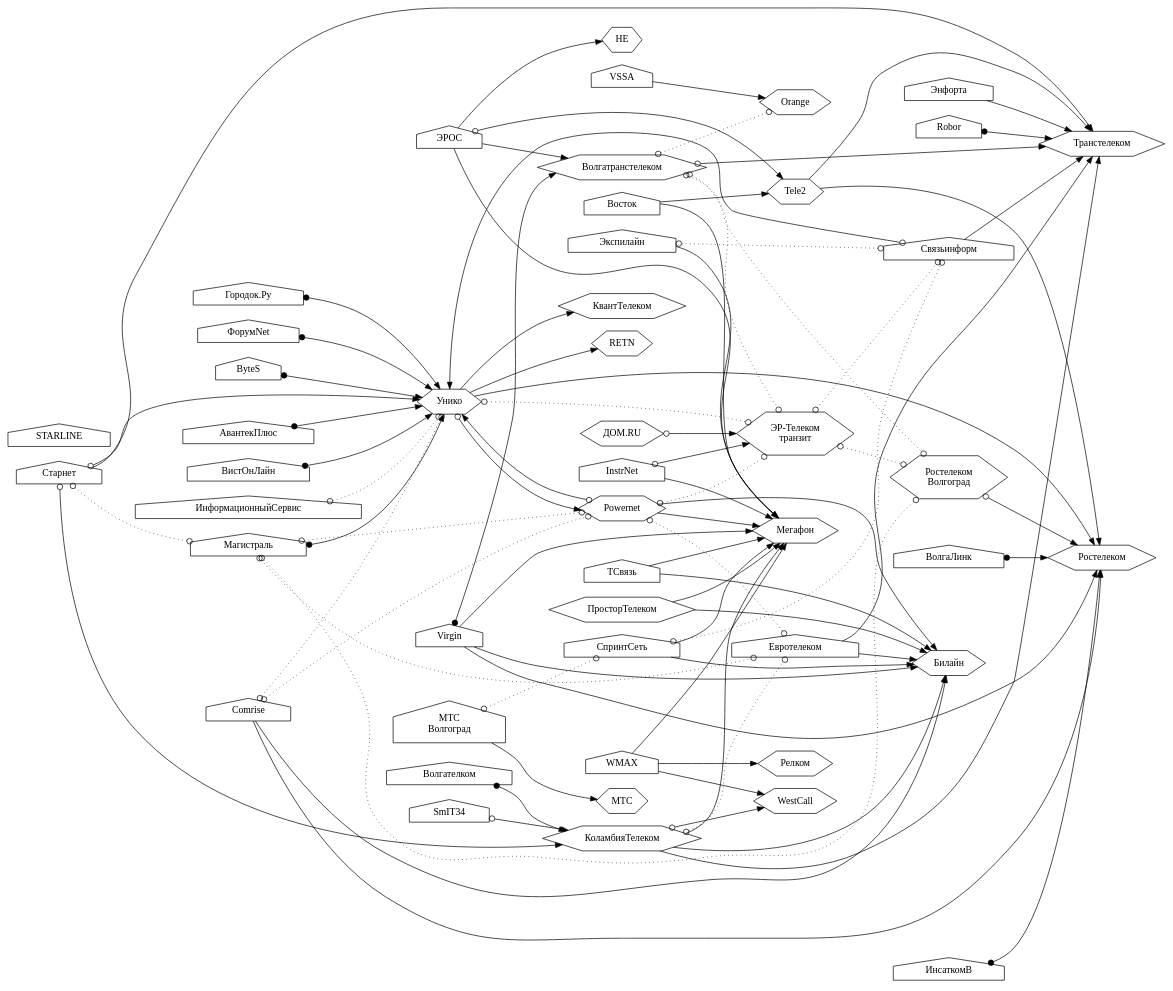
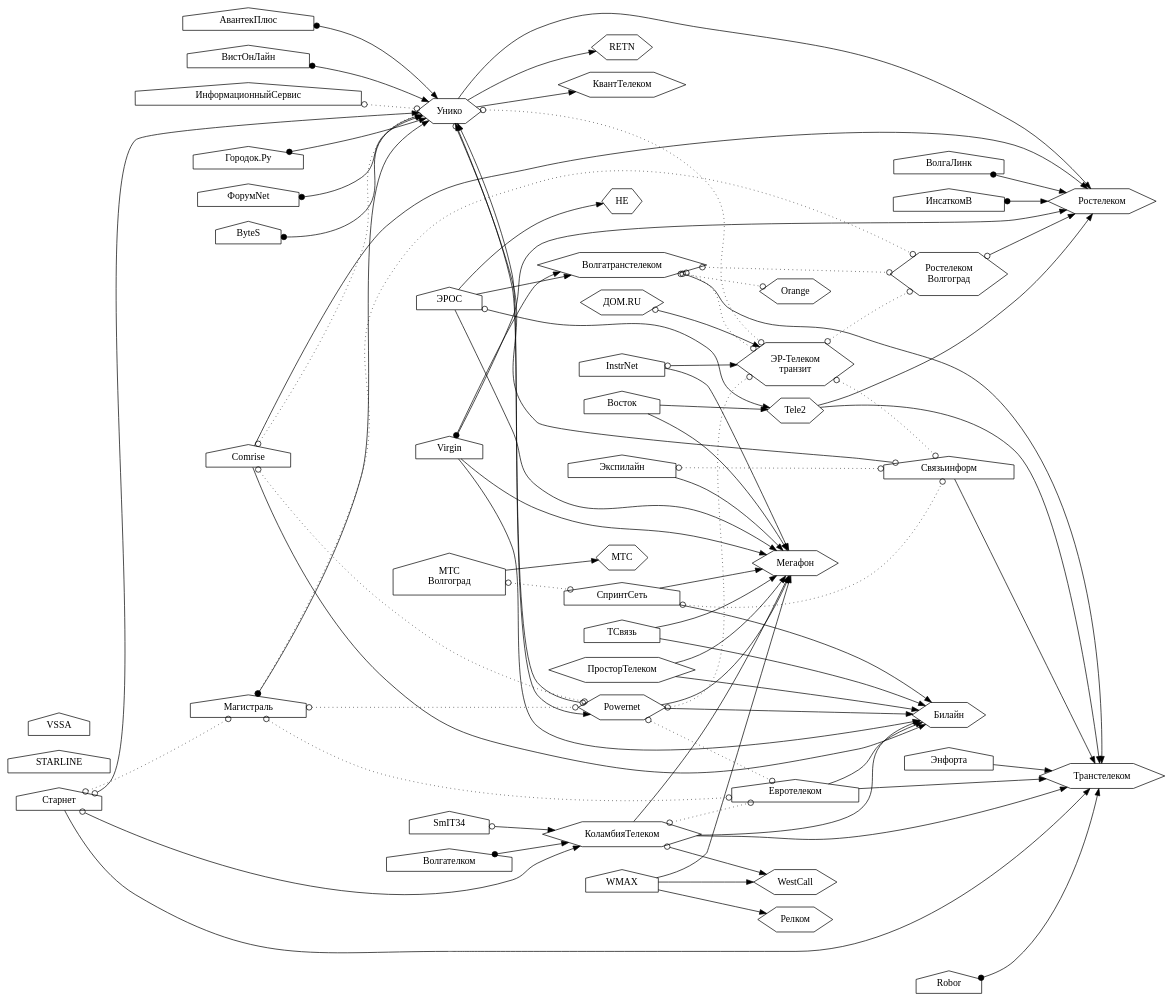
One commit to Urlandi/elsv-v.ru changed the diagram in static/links/links.dot. Above: the diagram before and after it, drawn with Graphviz. The commit also changed 5 other files, not shown here.

```diff
--- a/static/links/links.dot
+++ b/static/links/links.dot
@@ -1,190 +1,189 @@
 digraph ispgraph {
 
 rankdir = LR;
 node [shape=house;];
 
 Унико, ДомРу, ЭрТелеком, Транстелеком, Волгатранстелеком, Релком [shape=hexagon;];
 Мегафон, Вымпелком, КоламбияТелеком, Ростелеком, HE, КвантТелеком [shape=hexagon;];
 Tele2, МТС, ЮТК, Orange, ПросторТелеком, WestCall, Powernet, RETN [shape=hexagon;];
 
 ДомРу [label="ДОМ.RU"];
 ЭрТелеком [label="ЭР-Телеком\nтранзит"];
 МКС [label="МТС\nВолгоград"];
 ЮТК [label="Ростелеком\nВолгоград"];
 Вымпелком [label="Билайн"];
 ГородокТочкаРу [label="Городок.Ру"];
 
 subgraph backbone {/*Собственная опорная сеть*/
 Транстелеком;
 Мегафон;
 Вымпелком;
 Ростелеком;
 HE;
 МТС;
 Orange;
 ЭрТелеком;
 WestCall;
 };
 
 subgraph Ростелеком {/*Провайдеры члены Ростелеком*/
 Ростелеком;
 ЮТК;
 };
 
 subgraph ЭрТелекомХолдинг {/*ЭР-Телеком*/
 ДомРу;
 ЭрТелеком;
 };
 
 subgraph WestCall {/*Провайдеры члены WestCall*/
 WestCall;
 КоламбияТелеком;
 };
 
 {/*Отсутствует информация о подключении*/
 STARLINE;
+VSSA;
 };
 
 
 {/*Магистральные связи*/
 
 Связьинформ -> Транстелеком;
 
 Tele2 -> Ростелеком;
 Tele2 -> Транстелеком;
 
 СпринтСеть -> Вымпелком;
 СпринтСеть -> Мегафон;
 
 Старнет -> Транстелеком;
 
 Экспилайн -> Мегафон;
 
 ЭРОС -> Волгатранстелеком;
 ЭРОС -> HE;
 ЭРОС -> Мегафон;
 
 Comrise -> Ростелеком;
 Comrise -> Вымпелком;
 
 МКС -> МТС;
 
 Powernet -> Мегафон;
 Powernet -> Вымпелком;
-
-VSSA -> Orange;
 
 Евротелеком -> Транстелеком;
 Евротелеком -> Вымпелком;
 
 КоламбияТелеком -> Транстелеком;
 КоламбияТелеком -> Вымпелком;
 КоламбияТелеком -> Мегафон;
 
 Virgin -> Вымпелком;
 Virgin -> Мегафон;
 Virgin -> Ростелеком;
 
 Унико -> Ростелеком;
 Унико -> RETN;
 Унико -> КвантТелеком;
 
 Энфорта -> Транстелеком;
 
 ПросторТелеком -> Вымпелком;
 ПросторТелеком -> Мегафон;
 
 WMAX -> Мегафон;
 WMAX -> WestCall;
 WMAX -> Релком;
 
 InstrNet -> Мегафон;
 
 ТСвязь -> Мегафон;
 ТСвязь -> Вымпелком;
 
 Восток -> Мегафон;
 Восток -> Tele2;
 
 {/*Пиринг с магистральным оператором*/
 edge [dir=both; arrowtail=odot;];
 
 Связьинформ -> Унико;
 
 Старнет -> КоламбияТелеком;
 Старнет -> Унико;
 
 ЭРОС -> Tele2;
 
 Powernet -> Унико;
 Унико -> Powernet;
 
 ЮТК -> Ростелеком;
 
 Волгатранстелеком -> Транстелеком;
 
 ДомРу -> ЭрТелеком;
 
 InstrNet -> ЭрТелеком;
 
 КоламбияТелеком -> WestCall;
 
 SmIT34 -> КоламбияТелеком;
 
 };
 
 {/*Маршрутизация на оборудовании магистрального оператора*/
 edge [dir=both; arrowtail=dot;];
 
 ВолгаЛинк -> Ростелеком;
 Волгателком -> КоламбияТелеком;
 ИнсаткомВ -> Ростелеком;
 Магистраль -> Унико;
 ГородокТочкаРу -> Унико;
 ФорумNet -> Унико;
 ByteS -> Унико;
 АвантекПлюс -> Унико;
 Robor -> Транстелеком;
 Virgin -> Волгатранстелеком;
 ВистОнЛайн -> Унико;
 };
 
 };
 
 {/*Пиринг*/
 
 edge [dir=both; arrowhead=odot; arrowtail=odot; style=dotted;];
 
 СпринтСеть -> Связьинформ;
 МКС -> СпринтСеть;
 
 Старнет -> Магистраль;
 
 Экспилайн -> Связьинформ;
 
 Comrise -> Унико;
 Comrise -> Powernet;
 
 Powernet -> ЭрТелеком;
 Powernet -> Евротелеком;
 
 КоламбияТелеком -> Евротелеком;
 
 Магистраль -> Powernet;
 Магистраль -> ЮТК;
 Магистраль -> Евротелеком;
 
 Унико -> ЭрТелеком;
 
 ИнформационныйСервис -> Унико;
 
 Волгатранстелеком -> ЮТК;
 Волгатранстелеком -> ЭрТелеком;
 Волгатранстелеком -> Orange;
 
 ЭрТелеком -> ЮТК;
 ЭрТелеком -> Связьинформ;
 
 };
 
 }
```
